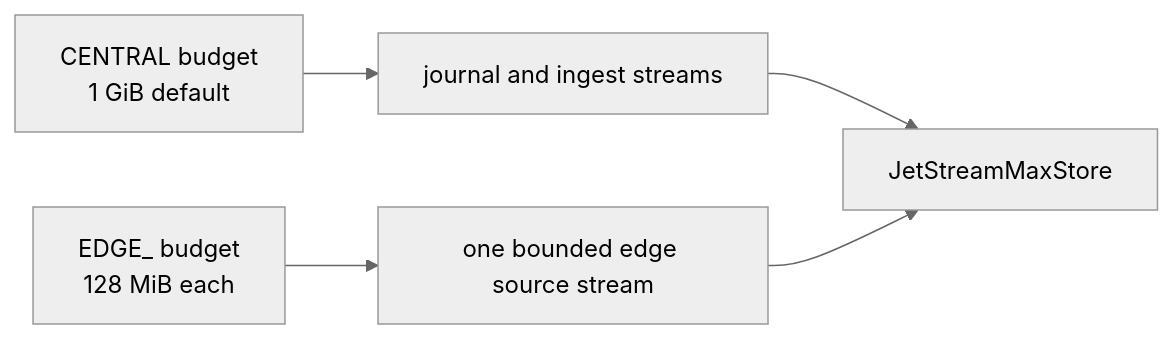
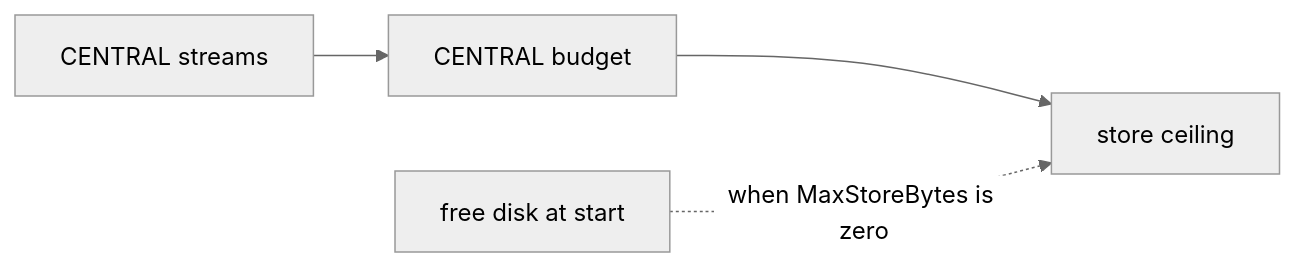
Before and after one commit to Aledantee/FlowSeer: the diagram in docs/solutions/architecture-patterns/per-account-jetstream-disk-budgets-reserve-against-the-server-store-ceiling.md, drawn with Mermaid (neutral theme). The commit also changed other lines of this file and 8 other files, not shown here.

First line of the commit message:
docs(solutions): rewrite the disk-budget solution around CENTRAL

````diff
--- a/docs/solutions/architecture-patterns/per-account-jetstream-disk-budgets-reserve-against-the-server-store-ceiling.md
+++ b/docs/solutions/architecture-patterns/per-account-jetstream-disk-budgets-reserve-against-the-server-store-ceiling.md
@@ -166,7 +86,6 @@
 ```mermaid
 flowchart LR
-    C["CENTRAL budget\n1 GiB default"] --> S["journal and ingest streams"]
-    E["EDGE_<id> budget\n128 MiB each"] --> B["one bounded edge source stream"]
-    S --> M["JetStreamMaxStore"]
-    B --> M
+    S["CENTRAL streams"] --> B["CENTRAL budget"]
+    B --> C["store ceiling"]
+    D["free disk at start"] -. "when MaxStoreBytes is zero" .-> C
 ```
````
